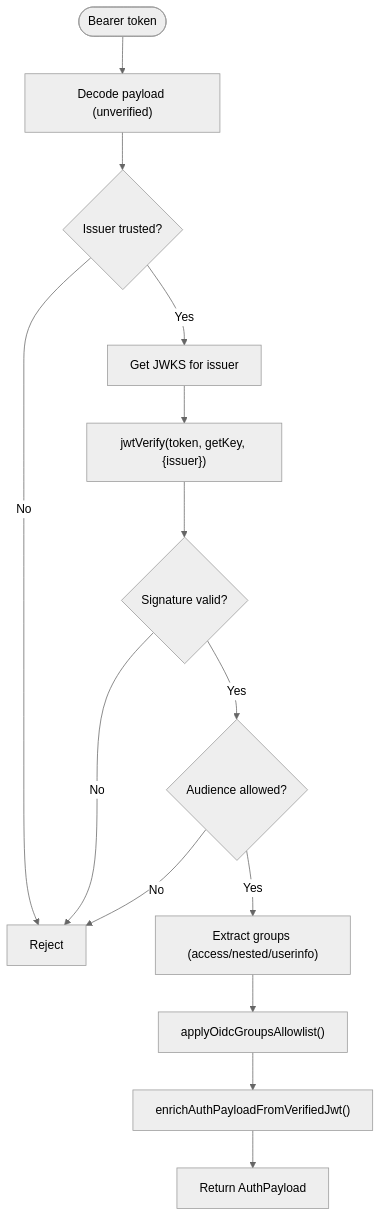
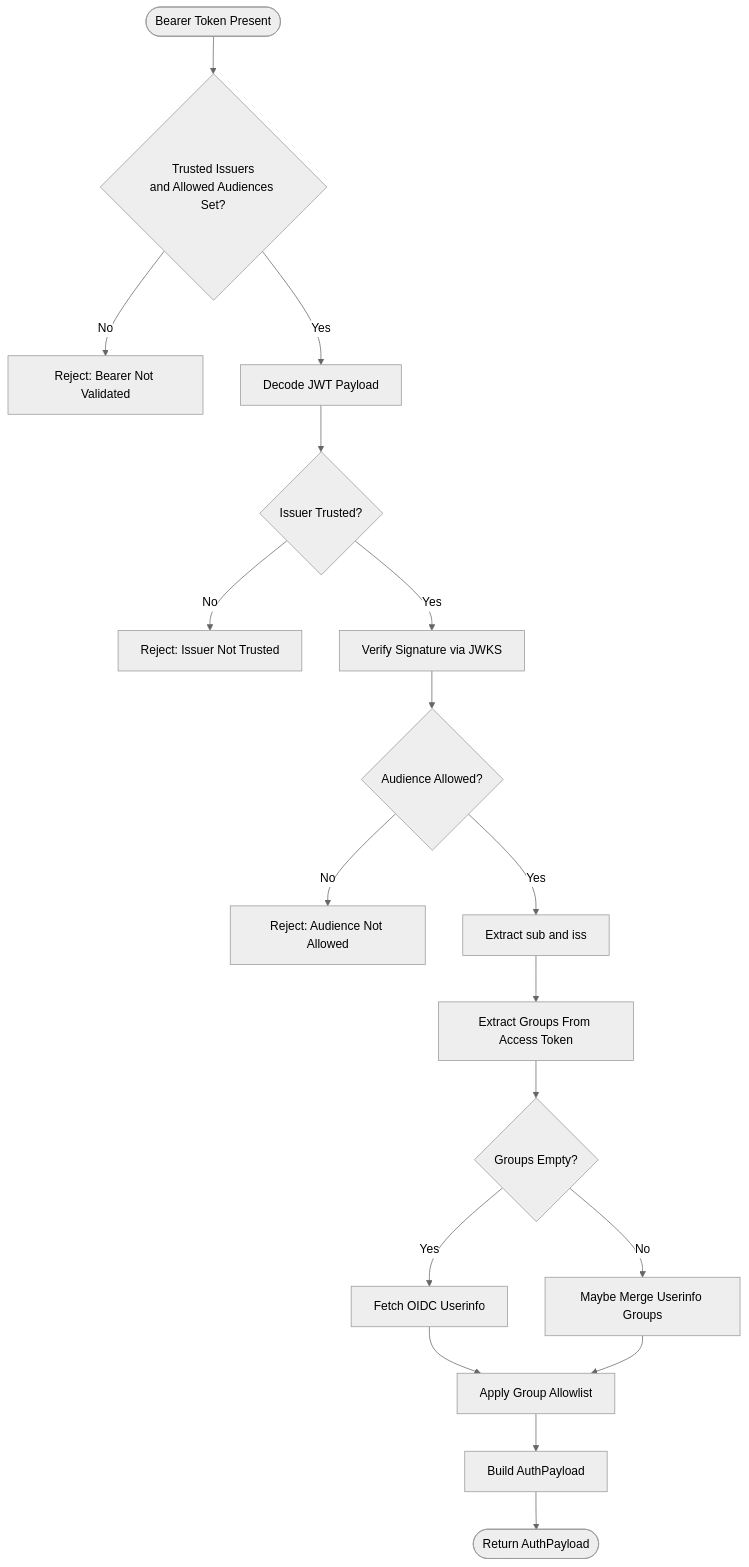
The fourth of 9 diagrams in .qoder/repowiki/en/content/Authentication & Security.md (SquadRules/mcp), drawn with Mermaid (neutral theme) before and after one commit. The commit also changed other lines of this file and 602 other files, not shown here.

````diff
--- a/.qoder/repowiki/en/content/Authentication & Security.md
+++ b/.qoder/repowiki/en/content/Authentication & Security.md
@@ -217,16 +191,20 @@
 ```mermaid
 flowchart TD
-Start(["Bearer token"]) --> Decode["Decode payload (unverified)"]
-Decode --> IssuerCheck{"Issuer trusted?"}
-IssuerCheck --> |No| Reject["Reject"]
-IssuerCheck --> |Yes| JWKS["Get JWKS for issuer"]
-JWKS --> Verify["jwtVerify(token, getKey, {issuer})"]
-Verify --> Valid{"Signature valid?"}
-Valid --> |No| Reject
-Valid --> |Yes| AudienceCheck{"Audience allowed?"}
-AudienceCheck --> |No| Reject
-AudienceCheck --> |Yes| Groups["Extract groups (access/nested/userinfo)"]
-Groups --> Allowlist["applyOidcGroupsAllowlist()"]
-Allowlist --> Enrich["enrichAuthPayloadFromVerifiedJwt()"]
-Enrich --> Return["Return AuthPayload"]
+Entry(["Bearer Token Present"]) --> Configured{"Trusted Issuers<br/>and Allowed Audiences Set?"}
+Configured --> |No| RejectConfig["Reject: Bearer Not Validated"]
+Configured --> |Yes| Decode["Decode JWT Payload"]
+Decode --> IssuerCheck{"Issuer Trusted?"}
+IssuerCheck --> |No| RejectIssuer["Reject: Issuer Not Trusted"]
+IssuerCheck --> |Yes| Verify["Verify Signature via JWKS"]
+Verify --> AudienceCheck{"Audience Allowed?"}
+AudienceCheck --> |No| RejectAudience["Reject: Audience Not Allowed"]
+AudienceCheck --> |Yes| ExtractSub["Extract sub and iss"]
+ExtractSub --> GroupsFromToken["Extract Groups From Access Token"]
+GroupsFromToken --> MissingGroups{"Groups Empty?"}
+MissingGroups --> |Yes| FetchUserinfo["Fetch OIDC Userinfo"]
+MissingGroups --> |No| MaybeMerge["Maybe Merge Userinfo Groups"]
+FetchUserinfo --> ApplyAllowlist["Apply Group Allowlist"]
+MaybeMerge --> ApplyAllowlist
+ApplyAllowlist --> BuildPayload["Build AuthPayload"]
+BuildPayload --> Done(["Return AuthPayload"])
 ```
````
